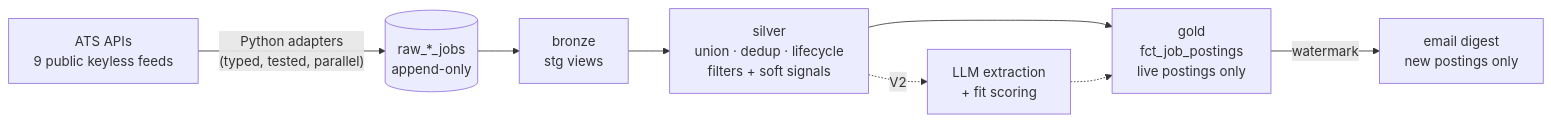
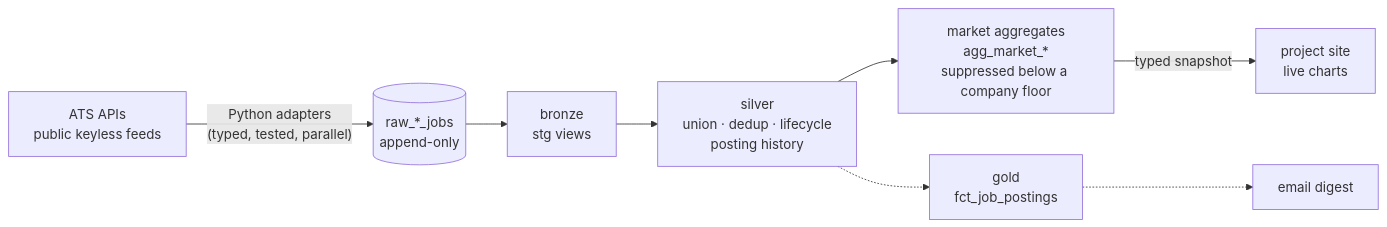
Before and after one commit to AMikhno/job-market-analytics: the diagram in README.md, drawn with Mermaid. The commit also changed other lines of this file, not shown here.

First line of the commit message:
docs: lead the README with market analytics

````diff
--- a/README.md
+++ b/README.md
@@ -9,10 +12,10 @@
 ```mermaid
 flowchart LR
-    A[ATS APIs<br/>9 public keyless feeds] -->|"Python adapters<br/>(typed, tested, parallel)"| B[(raw_*_jobs<br/>append-only)]
+    A[ATS APIs<br/>public keyless feeds] -->|"Python adapters<br/>(typed, tested, parallel)"| B[(raw_*_jobs<br/>append-only)]
     B --> C[bronze<br/>stg views]
-    C --> D[silver<br/>union · dedup · lifecycle<br/>filters + soft signals]
-    D --> E[gold<br/>fct_job_postings<br/>live postings only]
-    E -->|watermark| F[email digest<br/>new postings only]
-    D -.->|V2| G[LLM extraction<br/>+ fit scoring]
-    G -.-> E
+    C --> D[silver<br/>union · dedup · lifecycle<br/>posting history]
+    D --> M[market aggregates<br/>agg_market_*<br/>suppressed below a company floor]
+    M -->|typed snapshot| S[project site<br/>live charts]
+    D -.-> E[gold<br/>fct_job_postings]
+    E -.-> F[email digest]
 ```
````
